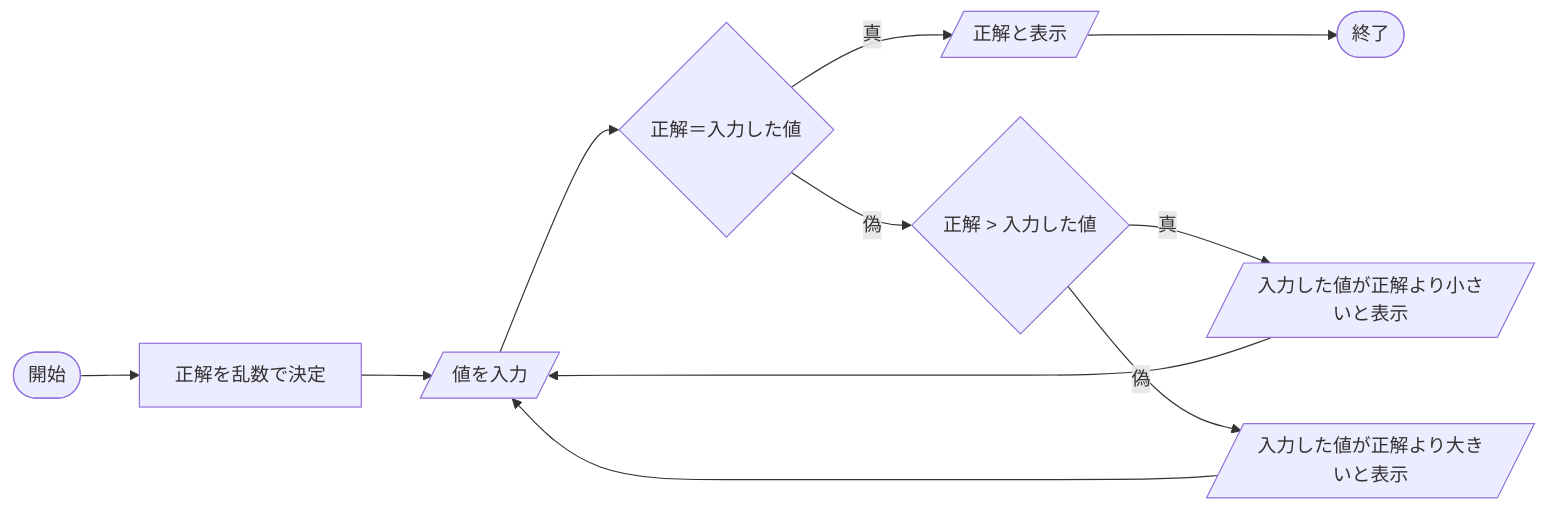
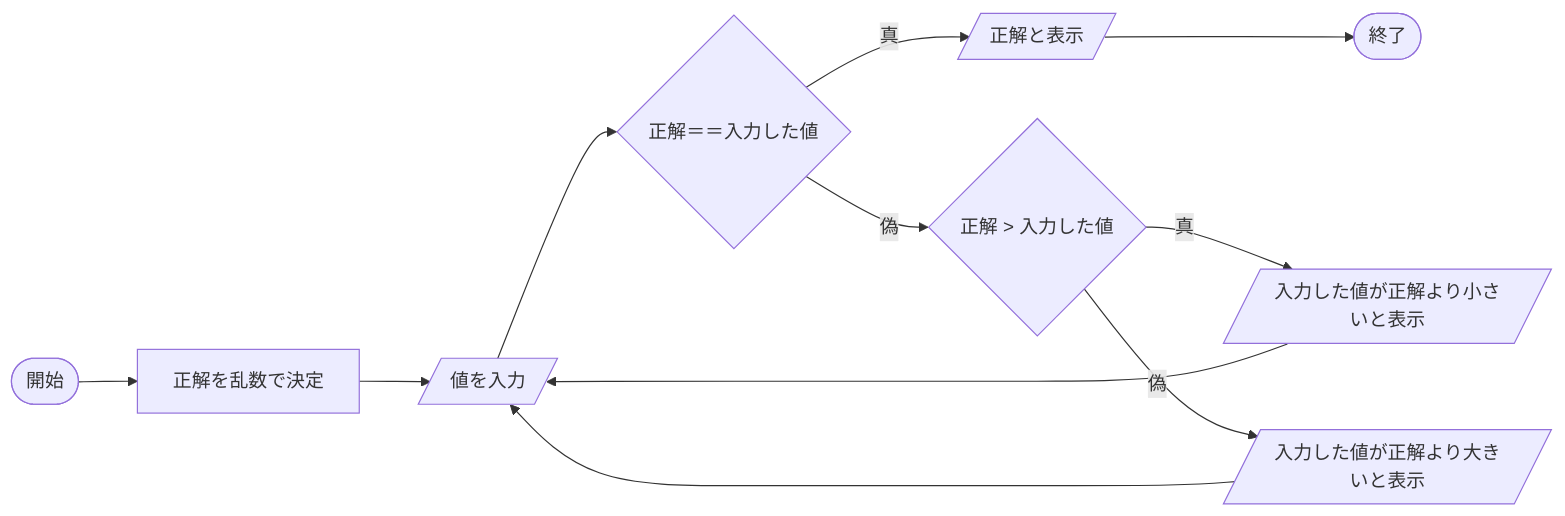
One commit to tpu-game-2022/mermaid_test changed the diagram in README.md. Above: the diagram before and after it, drawn with Mermaid.

````diff
--- a/README.md
+++ b/README.md
@@ -20,13 +20,13 @@
 ```mermaid
 flowchart LR;
   A(["開始"]) --> B["正解を乱数で決定"];
   B --> C[/"値を入力"/]
-  C --> D{"正解＝入力した値"}
+  C --> D{"正解＝＝入力した値"}
   D --　真 --> E[/"正解と表示"/];
   D -- 偽--> G{"正解 > 入力した値"}
   G -- 真 --> H[/"入力した値が正解より小さいと表示"/]
   H --> C
   G --偽 --> I[/"入力した値が正解より大きいと表示"/]
   I --> C
   E --> F(["終了"])
 ```
````
